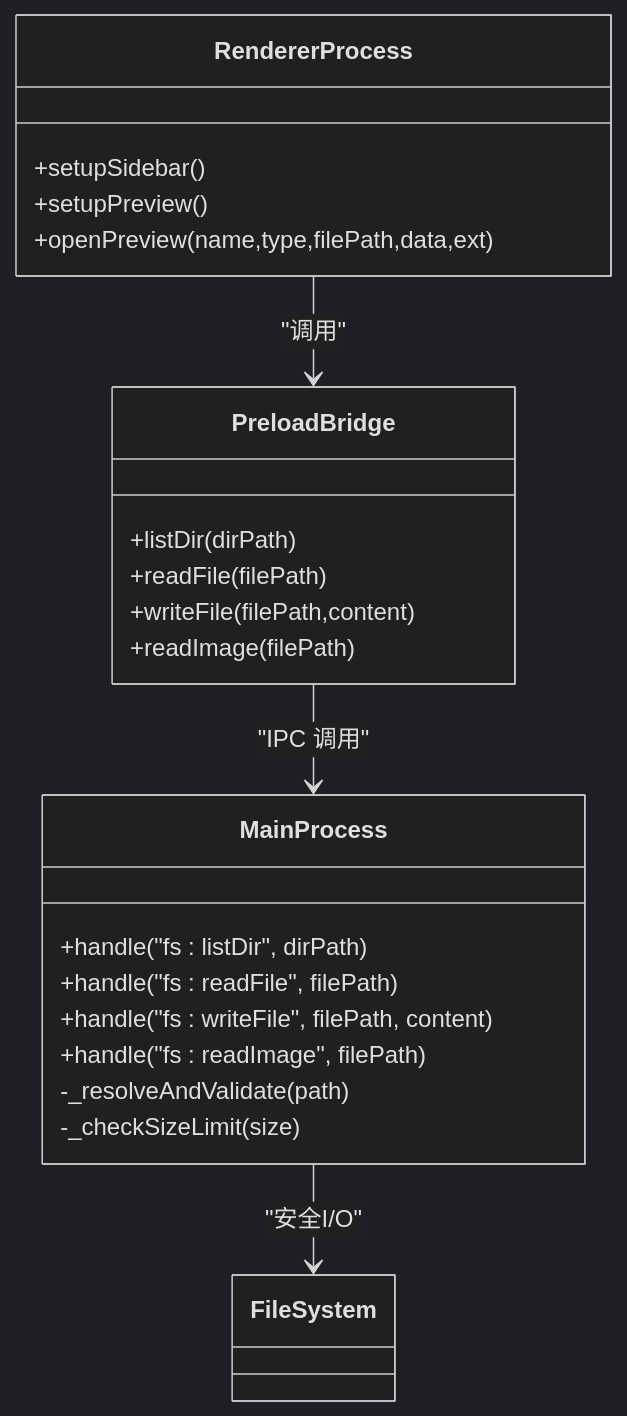
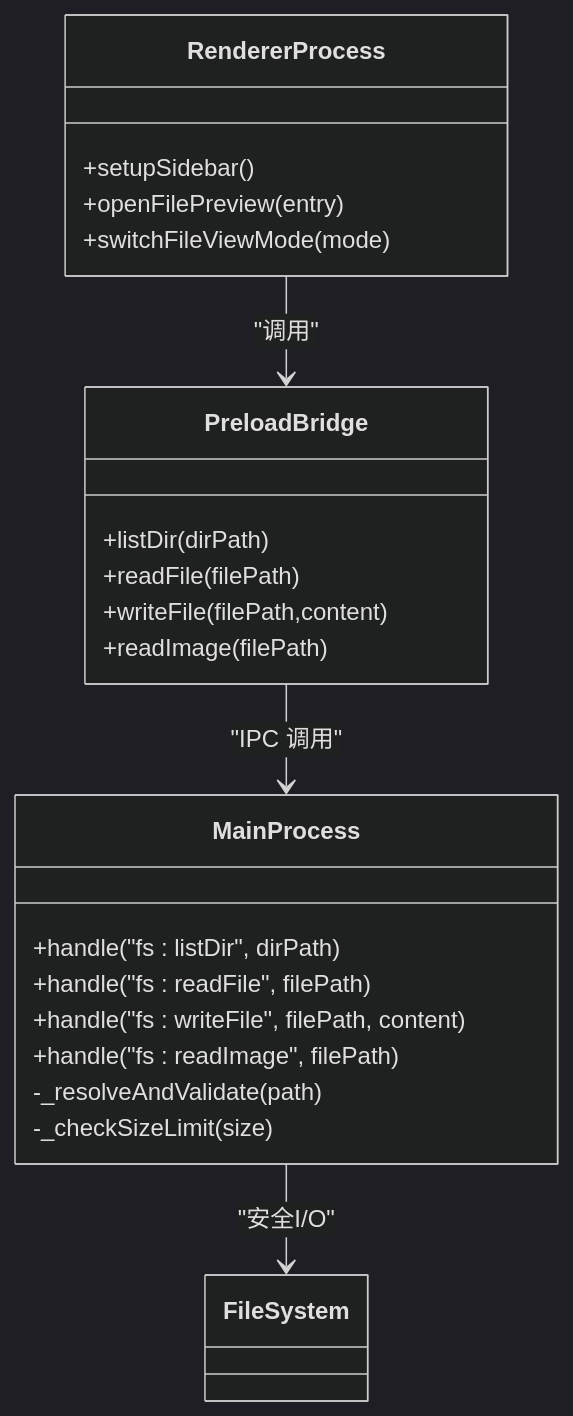
One commit to swond-Mao/Tiffa changed the fourth of 5 diagrams in .qoder/repowiki/zh/content/用户界面/界面组件/文件浏览器.md. Above: the diagram before and after it, drawn with Mermaid (dark theme). The commit also changed other lines of this file and 73 other files, not shown here.

First line of the commit message:
feat: Tiffa 品牌图标 + Computer Use v2 + WebP 静默崩修复

````diff
--- a/.qoder/repowiki/zh/content/用户界面/界面组件/文件浏览器.md
+++ b/.qoder/repowiki/zh/content/用户界面/界面组件/文件浏览器.md
@@ -165,25 +188,25 @@
 ```mermaid
 classDiagram
 class MainProcess {
 +handle("fs : listDir", dirPath)
 +handle("fs : readFile", filePath)
 +handle("fs : writeFile", filePath, content)
 +handle("fs : readImage", filePath)
 -_resolveAndValidate(path)
 -_checkSizeLimit(size)
 }
 class RendererProcess {
 +setupSidebar()
-+setupPreview()
-+openPreview(name,type,filePath,data,ext)
++openFilePreview(entry)
++switchFileViewMode(mode)
 }
 class PreloadBridge {
 +listDir(dirPath)
 +readFile(filePath)
 +writeFile(filePath,content)
 +readImage(filePath)
 }
 RendererProcess --> PreloadBridge : "调用"
 PreloadBridge --> MainProcess : "IPC 调用"
 MainProcess --> FileSystem : "安全I/O"
 ```
````
